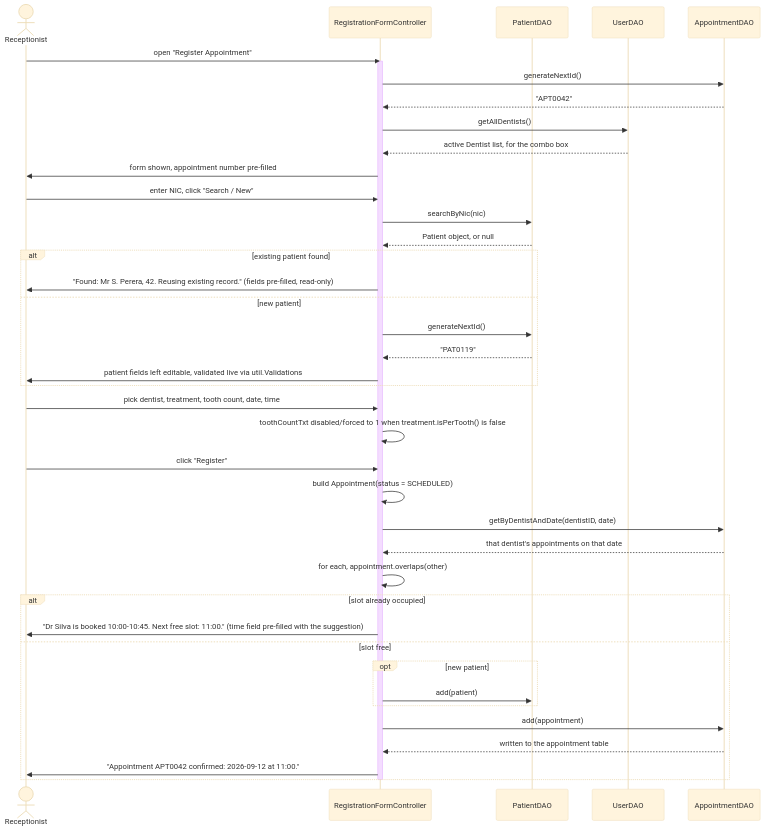
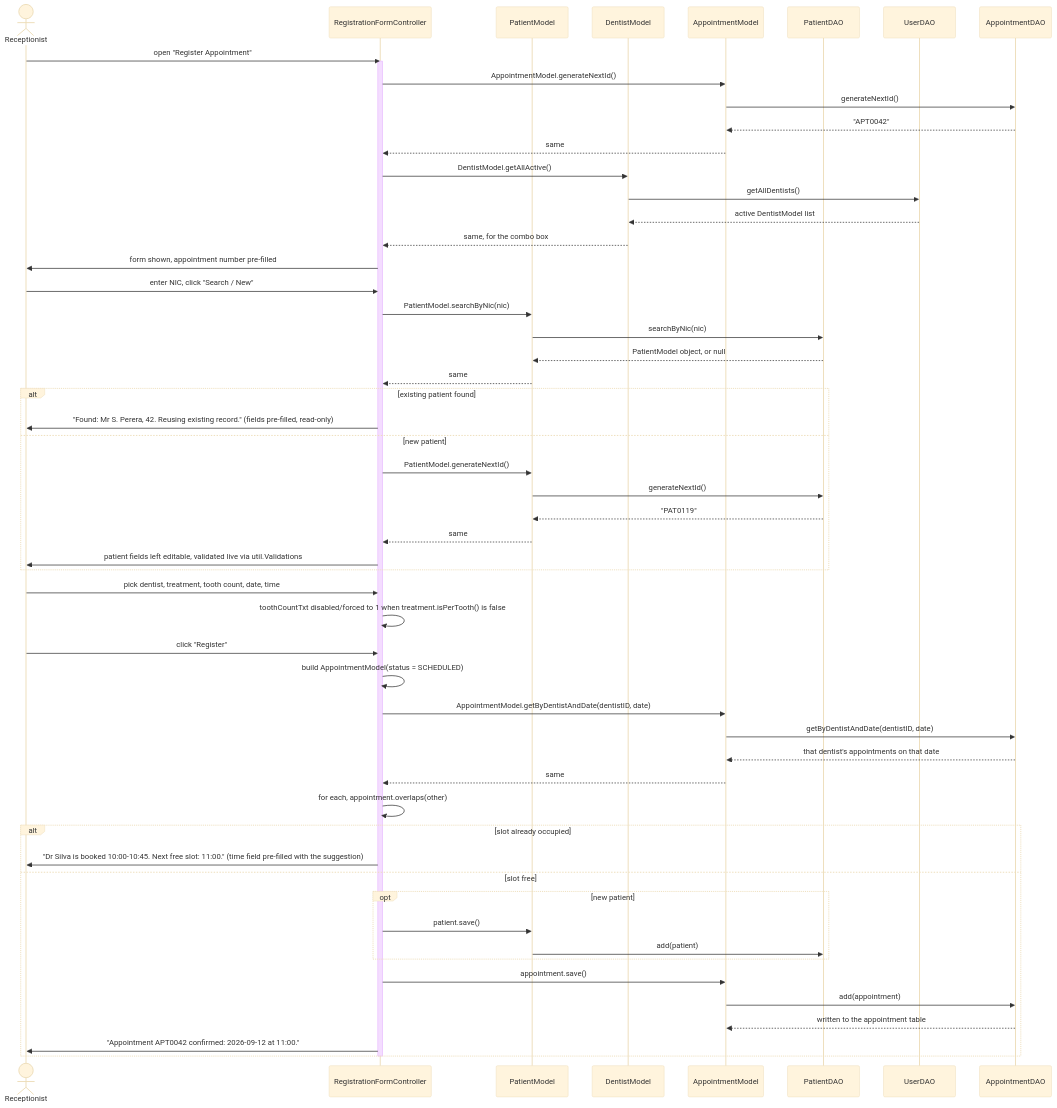
The second of 4 diagrams in docs/SequenceDiagrams.md (DasunMadawa/sun-rise-dental-clinic), drawn with Mermaid (base theme) before and after one commit. The commit also changed other lines of this file and 51 other files, not shown here.

````diff
--- a/docs/SequenceDiagrams.md
+++ b/docs/SequenceDiagrams.md
@@ -78,49 +87,64 @@
 ```mermaid
 sequenceDiagram
     actor Receptionist
     participant UI as RegistrationFormController
+    participant PModel as PatientModel
+    participant DModel as DentistModel
+    participant AModel as AppointmentModel
     participant PDao as PatientDAO
     participant UDao as UserDAO
     participant ADao as AppointmentDAO
 
     Receptionist->>UI: open "Register Appointment"
     activate UI
-    UI->>ADao: generateNextId()
-    ADao-->>UI: "APT0042"
-    UI->>UDao: getAllDentists()
-    UDao-->>UI: active Dentist list, for the combo box
+    UI->>AModel: AppointmentModel.generateNextId()
+    AModel->>ADao: generateNextId()
+    ADao-->>AModel: "APT0042"
+    AModel-->>UI: same
+    UI->>DModel: DentistModel.getAllActive()
+    DModel->>UDao: getAllDentists()
+    UDao-->>DModel: active DentistModel list
+    DModel-->>UI: same, for the combo box
     UI->>Receptionist: form shown, appointment number pre-filled
 
     Receptionist->>UI: enter NIC, click "Search / New"
-    UI->>PDao: searchByNic(nic)
-    PDao-->>UI: Patient object, or null
+    UI->>PModel: PatientModel.searchByNic(nic)
+    PModel->>PDao: searchByNic(nic)
+    PDao-->>PModel: PatientModel object, or null
+    PModel-->>UI: same
 
     alt existing patient found
         UI->>Receptionist: "Found: Mr S. Perera, 42. Reusing existing record." (fields pre-filled, read-only)
     else new patient
-        UI->>PDao: generateNextId()
-        PDao-->>UI: "PAT0119"
+        UI->>PModel: PatientModel.generateNextId()
+        PModel->>PDao: generateNextId()
+        PDao-->>PModel: "PAT0119"
+        PModel-->>UI: same
         UI->>Receptionist: patient fields left editable, validated live via util.Validations
     end
 
     Receptionist->>UI: pick dentist, treatment, tooth count, date, time
     UI->>UI: toothCountTxt disabled/forced to 1 when treatment.isPerTooth() is false
     Receptionist->>UI: click "Register"
 
-    UI->>UI: build Appointment(status = SCHEDULED)
-    UI->>ADao: getByDentistAndDate(dentistID, date)
-    ADao-->>UI: that dentist's appointments on that date
+    UI->>UI: build AppointmentModel(status = SCHEDULED)
+    UI->>AModel: AppointmentModel.getByDentistAndDate(dentistID, date)
+    AModel->>ADao: getByDentistAndDate(dentistID, date)
+    ADao-->>AModel: that dentist's appointments on that date
+    AModel-->>UI: same
     UI->>UI: for each, appointment.overlaps(other)
 
     alt slot already occupied
         UI->>Receptionist: "Dr Silva is booked 10:00-10:45. Next free slot: 11:00." (time field pre-filled with the suggestion)
     else slot free
         opt new patient
-            UI->>PDao: add(patient)
+            UI->>PModel: patient.save()
+            PModel->>PDao: add(patient)
         end
-        UI->>ADao: add(appointment)
-        ADao-->>UI: written to the appointment table
+        UI->>AModel: appointment.save()
+        AModel->>ADao: add(appointment)
+        ADao-->>AModel: written to the appointment table
         UI->>Receptionist: "Appointment APT0042 confirmed: 2026-09-12 at 11:00."
     end
     deactivate UI
 ```
````
